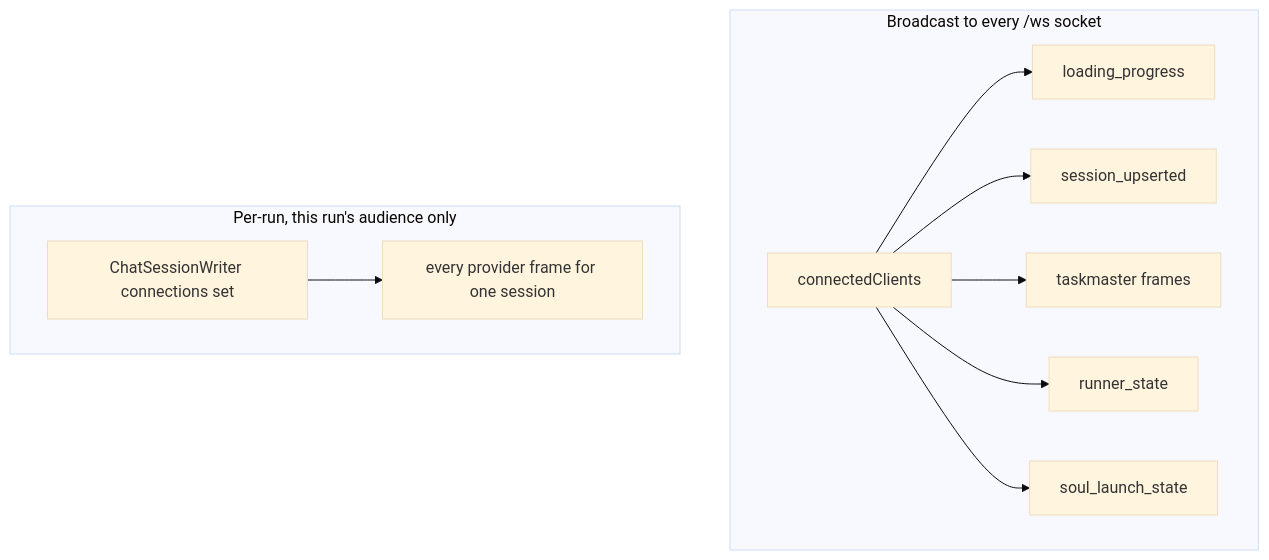
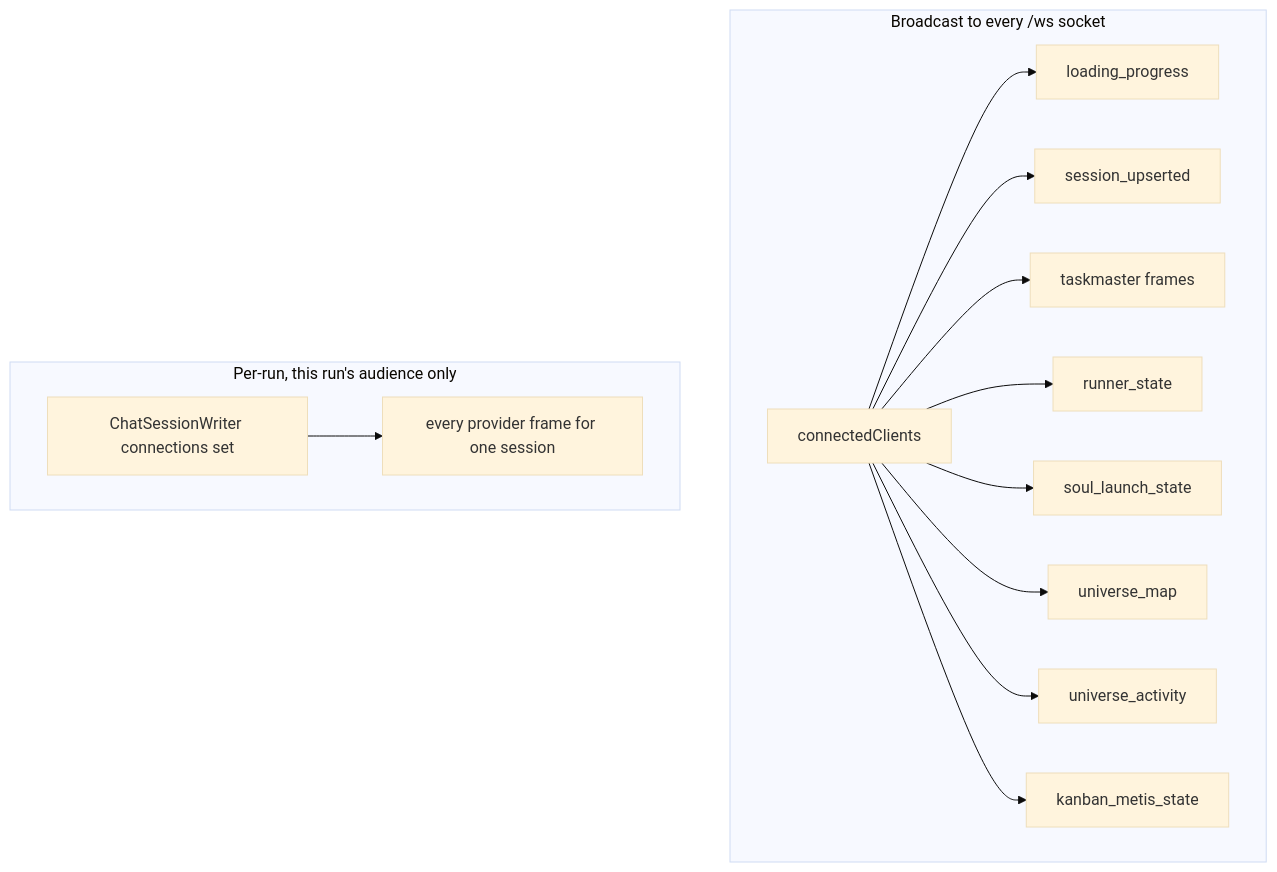
One commit to ScottDeJesus/claudecodeui_lyphe changed the fifth of 5 diagrams in docs/architecture/01-websocket-transport.md. Above: the diagram before and after it, drawn with Mermaid (base theme). The commit also changed other lines of this file and 415 other files, not shown here.

First line of the commit message:
feat: add Applications Hub (universe + app-switcher + kanban-metis), remove vitest suite

````diff
--- a/docs/architecture/01-websocket-transport.md
+++ b/docs/architecture/01-websocket-transport.md
@@ -541,15 +551,18 @@
 ```mermaid
 flowchart TD
   subgraph Broadcast["Broadcast to every /ws socket"]
     SET["connectedClients"]
     SET --> E1["loading_progress"]
     SET --> E2["session_upserted"]
     SET --> E3["taskmaster frames"]
     SET --> E4["runner_state"]
     SET --> E6["soul_launch_state"]
+    SET --> E7["universe_map"]
+    SET --> E8["universe_activity"]
+    SET --> E9["kanban_metis_state"]
   end
   subgraph PerRun["Per-run, this run's audience only"]
     W["ChatSessionWriter connections set"]
     W --> E5["every provider frame for one session"]
   end
 ```
````
